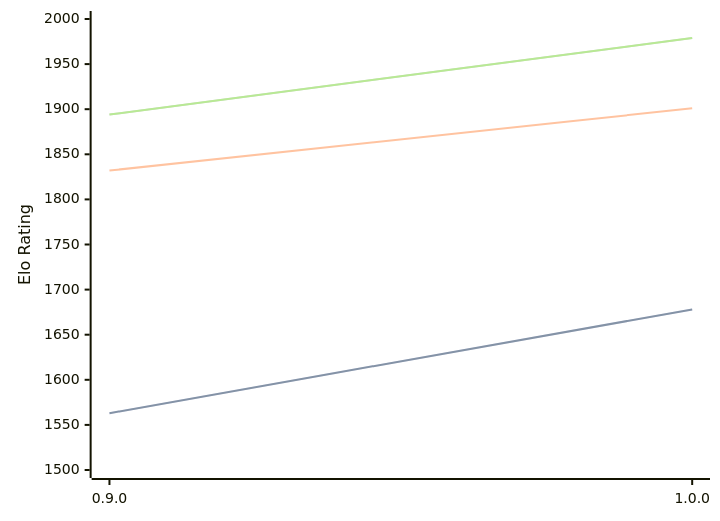
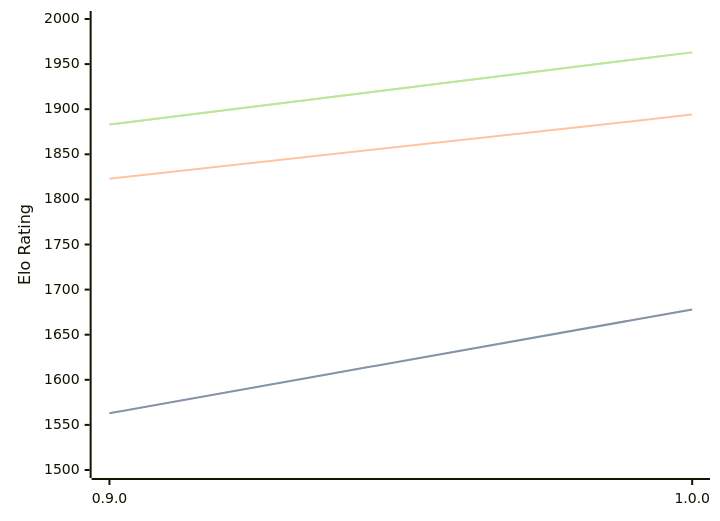
One commit to computer-chess-index/cci changed the diagram in engines/Ratsu.md. Above: the diagram before and after it, drawn with Mermaid. The commit also changed other lines of this file, not shown here.

Commit message:
Update CCI Ratings (ELO VLTC) - 2026-03-19

````diff
--- a/engines/Ratsu.md
+++ b/engines/Ratsu.md
@@ -30,11 +30,11 @@
 ```mermaid
 %%{init: {"theme":"base","themeVariables":{"seriesColors:['#a3a3a3','#222221','#faa371']}}}%%
 xychart-beta
   x-axis ["0.9.0", "1.0.0"]
   y-axis "Elo Rating" 1500 --> 2000
   line "STC (8.0+0.08s)" [1563, 1678]
   line "STC (8.0+0.08s)" [1563, 1678]
-  line "LTC (60.0+0.60s)" [1832, 1901]
-  line "VLTC (2m24s+1.12s)" [1894, 1979]
-  line "VLTC (2m24s+1.12s)" [1894, 1979]
+  line "LTC (60.0+0.60s)" [1823, 1894]
+  line "VLTC (2m24s+1.12s)" [1883, 1963]
+  line "VLTC (2m24s+1.12s)" [1883, 1963]
 ```
````
